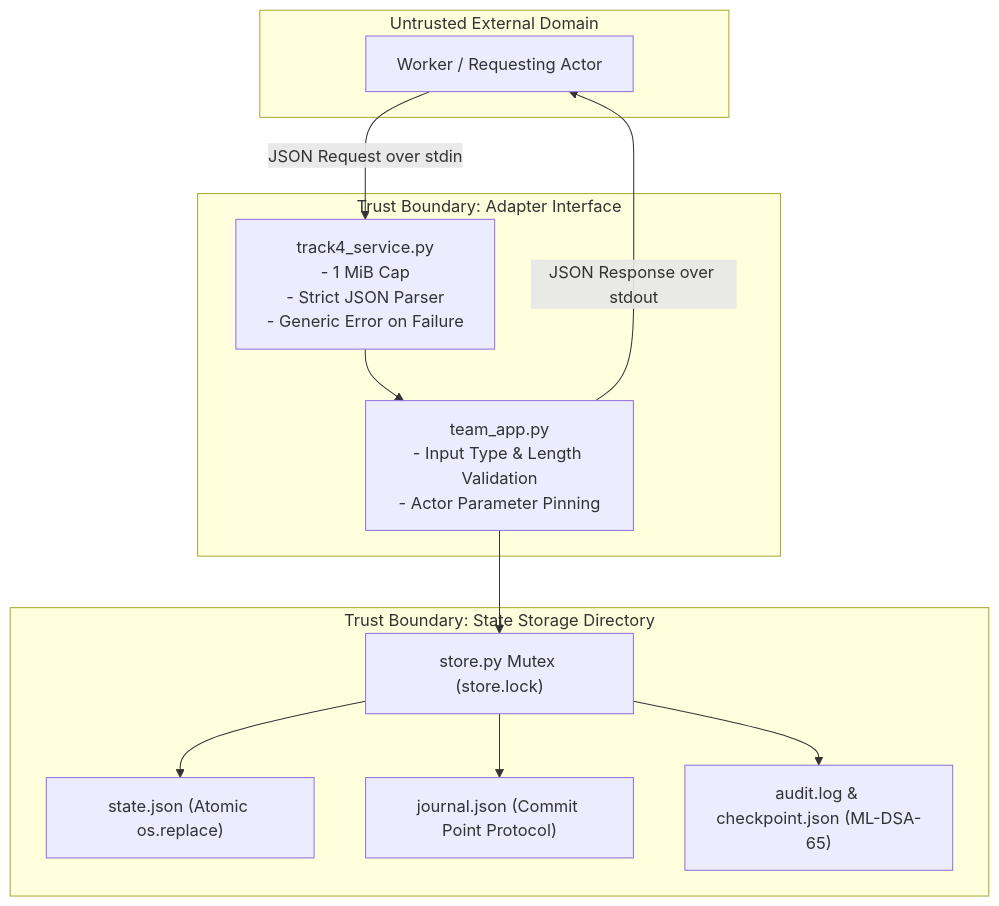
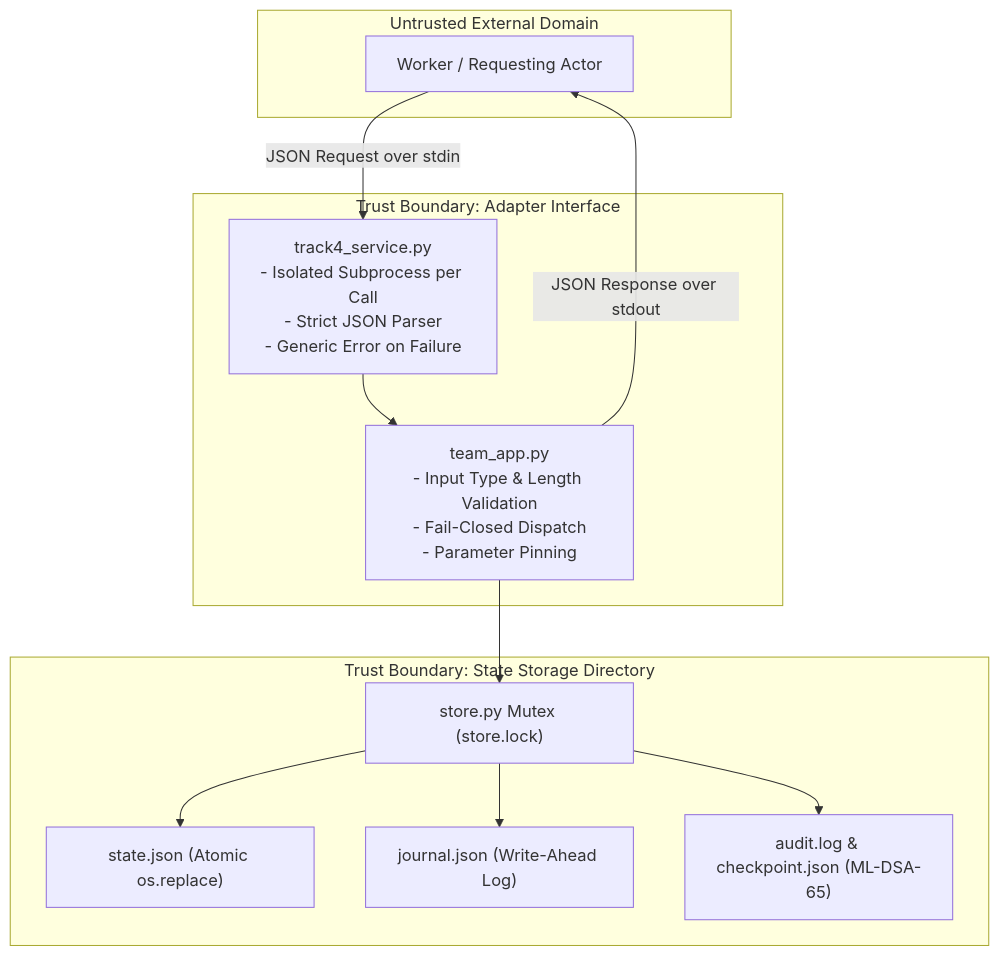
The diagram in docs/threat-model-part-c.md (madhusabarad/secure-pqc-prototype), drawn with Mermaid before and after one commit. The commit also changed other lines of this file and 25 other files, not shown here.

Commit message:
Harden and finish Track 4 Part C: fail-closed adapter, auditlog layout, crash recovery, security tests, evidence docs

````diff
--- a/docs/threat-model-part-c.md
+++ b/docs/threat-model-part-c.md
@@ -26,26 +27,26 @@
 ```mermaid
 flowchart TD
     subgraph Untrusted["Untrusted External Domain"]
         Client["Worker / Requesting Actor"]
     end
 
     subgraph TrustBoundary1["Trust Boundary: Adapter Interface"]
-        InputValidator["track4_service.py\n- 1 MiB Cap\n- Strict JSON Parser\n- Generic Error on Failure"]
-        Dispatcher["team_app.py\n- Input Type & Length Validation\n- Actor Parameter Pinning"]
+        InputValidator["track4_service.py\n- Isolated Subprocess per Call\n- Strict JSON Parser\n- Generic Error on Failure"]
+        Dispatcher["team_app.py\n- Input Type & Length Validation\n- Fail-Closed Dispatch\n- Parameter Pinning"]
     end
 
     subgraph TrustBoundary2["Trust Boundary: State Storage Directory"]
         Lock["store.py Mutex (store.lock)"]
         Store["state.json (Atomic os.replace)"]
-        Journal["journal.json (Commit Point Protocol)"]
+        Journal["journal.json (Write-Ahead Log)"]
         AuditLog["audit.log & checkpoint.json (ML-DSA-65)"]
     end
 
     Client -- "JSON Request over stdin" --> InputValidator
     InputValidator --> Dispatcher
     Dispatcher --> Lock
     Lock --> Store
     Lock --> Journal
     Lock --> AuditLog
     Dispatcher -- "JSON Response over stdout" --> Client
 ```
````
